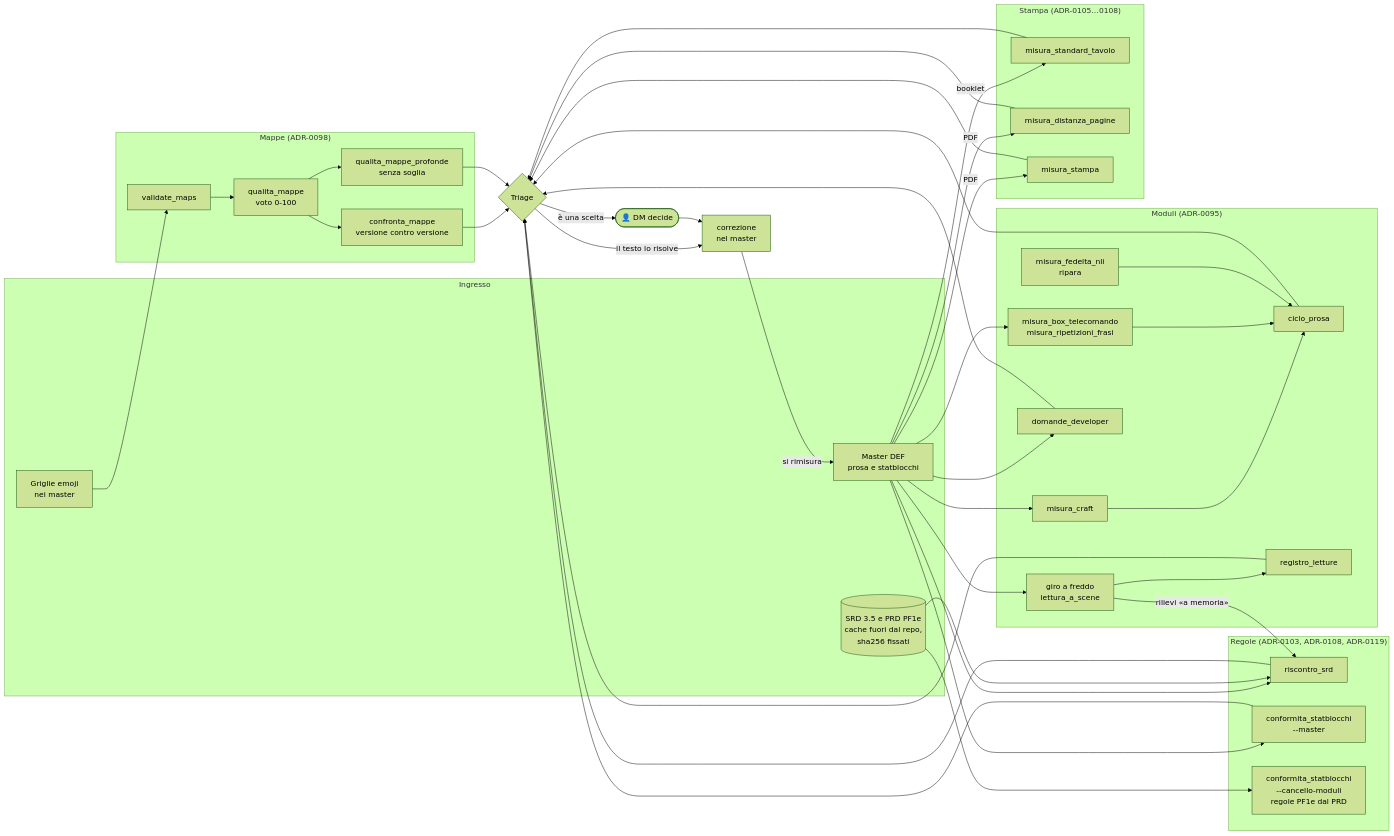
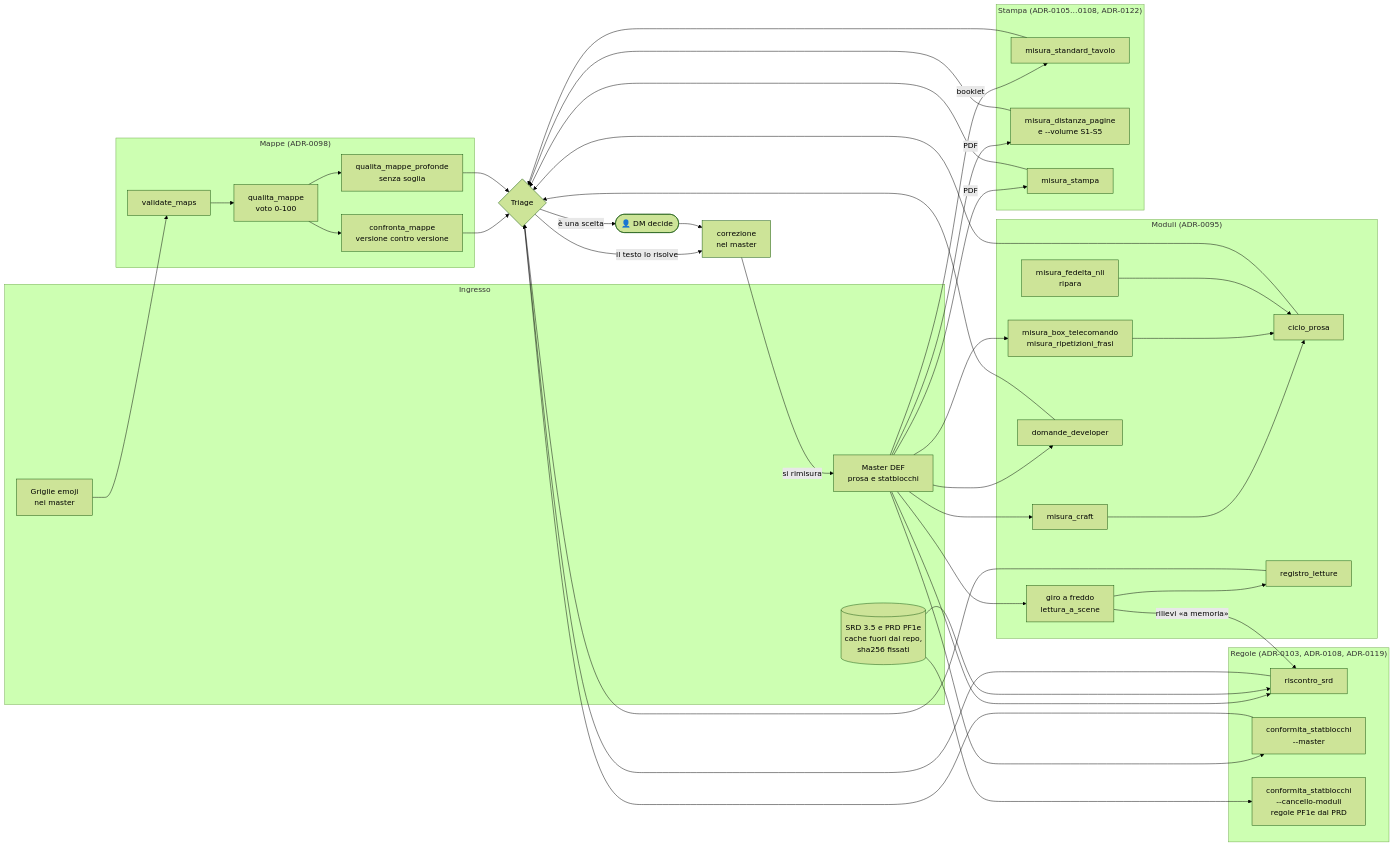
One commit to gsamuele78/RumblingStone changed diagram 25 of 26 in docs/ARCHITETTURA.md. Above: the diagram before and after it, drawn with Mermaid (forest theme). The commit also changed other lines of this file and 26 other files, not shown here.

First line of the commit message:
Lo standard del volume si misura sul PDF come gli Adventure Path (ADR-0122)

````diff
--- a/docs/ARCHITETTURA.md
+++ b/docs/ARCHITETTURA.md
@@ -1001,48 +1006,48 @@
 ```mermaid
 flowchart LR
     subgraph IN["Ingresso"]
         MAP["Griglie emoji<br/>nei master"]
         TXT["Master DEF<br/>prosa e statblocchi"]
         FONTI[("SRD 3.5 e PRD PF1e<br/>cache fuori dal repo,<br/>sha256 fissati")]
     end
     subgraph MAPPE["Mappe (ADR-0098)"]
         VM["validate_maps"] --> QM["qualita_mappe<br/>voto 0-100"]
         QM --> QP["qualita_mappe_profonde<br/>senza soglia"]
         QM --> CM["confronta_mappe<br/>versione contro versione"]
     end
     subgraph MODULI["Moduli (ADR-0095)"]
         MC["misura_craft"] --> CP["ciclo_prosa"]
         BT["misura_box_telecomando<br/>misura_ripetizioni_frasi"] --> CP
         FN["misura_fedelta_nli<br/>ripara"] --> CP
         DD["domande_developer"]
         GF["giro a freddo<br/>lettura_a_scene"] --> RL["registro_letture"]
     end
     subgraph REGOLE["Regole (ADR-0103, ADR-0108, ADR-0119)"]
         RS["riscontro_srd"]
         CS["conformita_statblocchi<br/>--master"]
         CM2["conformita_statblocchi<br/>--cancello-moduli<br/>regole PF1e dal PRD"]
         FONTI --> CM2
     end
-    subgraph STAMPA["Stampa (ADR-0105…0108)"]
+    subgraph STAMPA["Stampa (ADR-0105…0108, ADR-0122)"]
         ST["misura_standard_tavolo"]
-        DP["misura_distanza_pagine"]
+        DP["misura_distanza_pagine<br/>e --volume S1-S5"]
         MP["misura_stampa"]
     end
     MAP --> VM
     TXT --> MC
     TXT --> BT
     TXT --> DD
     TXT --> GF
     TXT --> RS
     TXT --> CS
     TXT -->|"booklet"| ST
     TXT -->|"PDF"| DP
     TXT -->|"PDF"| MP
     FONTI --> RS
     GF -->|"rilievi «a memoria»"| RS
     CM & QP & CP & DD & RL & RS & CS & ST & DP & MP --> TRI{"Triage"}
     TRI -->|"il testo lo risolve"| FIX["correzione<br/>nel master"]
     TRI -->|"è una scelta"| DM(["👤 DM decide"])
     DM --> FIX
     FIX -->|"si rimisura"| TXT
 ```
````
